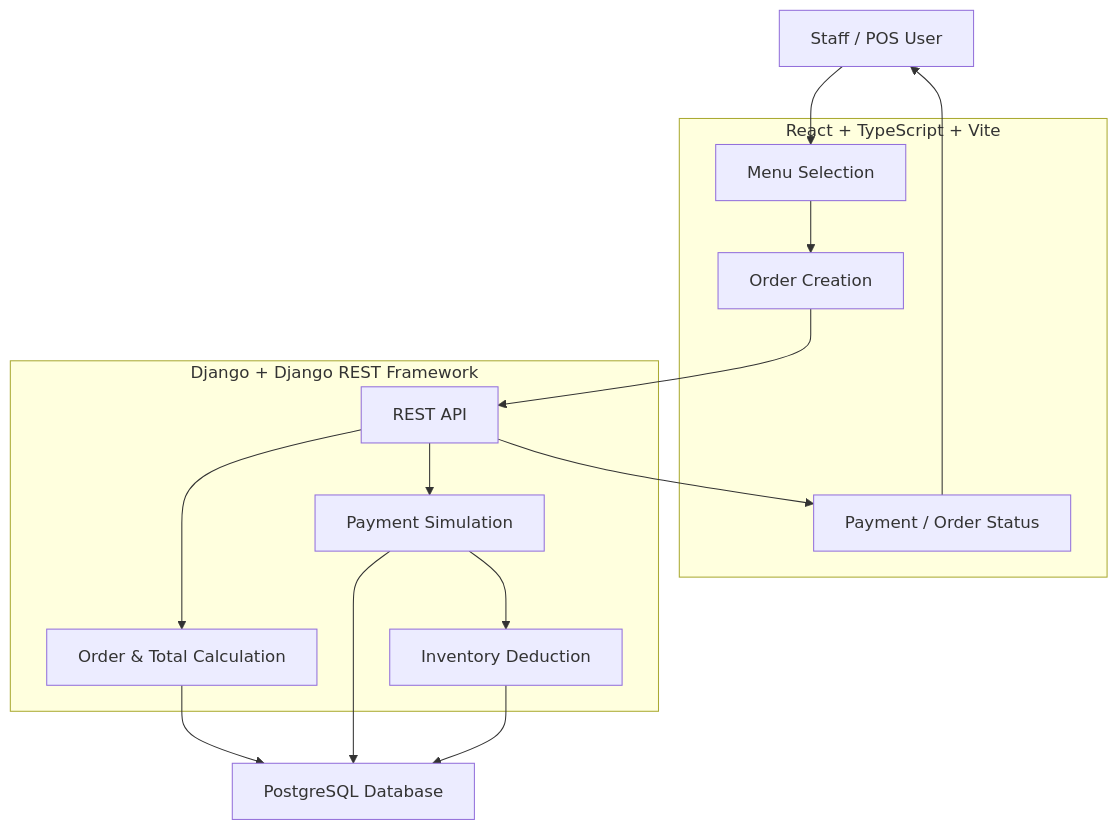
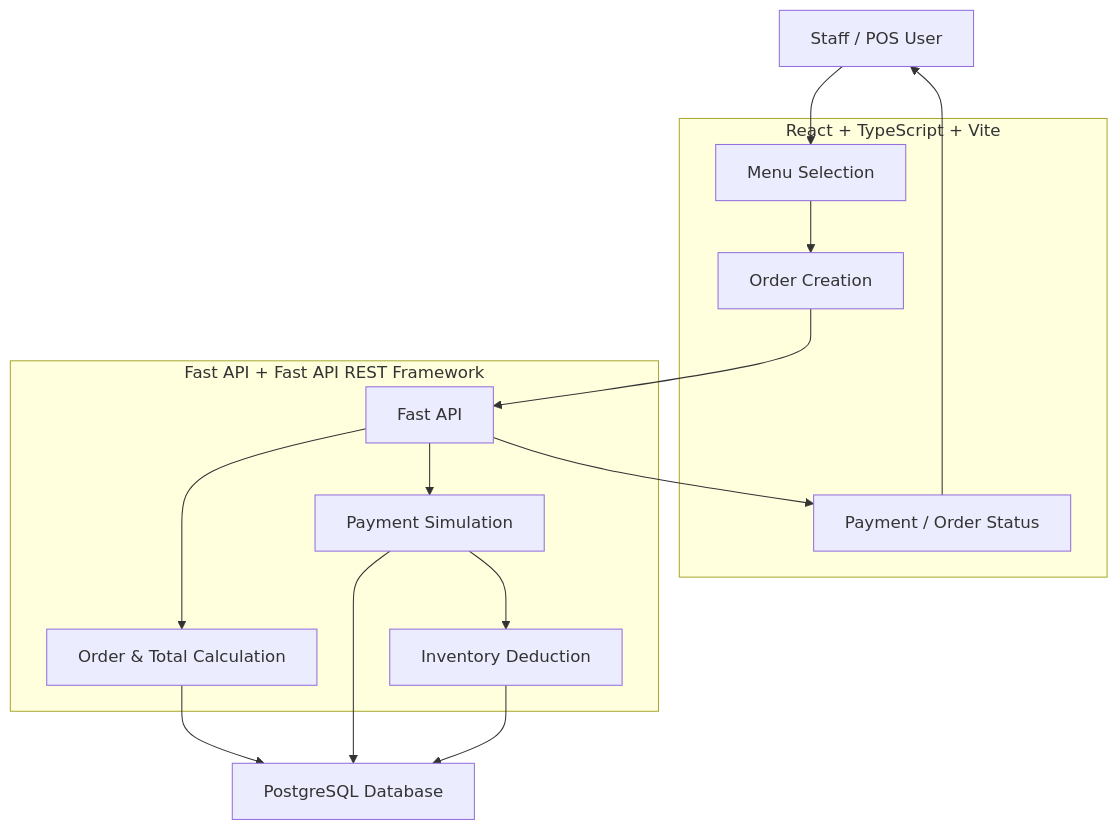
One commit to CapstoneDesign-Fall2026-UlsanCollege/Team3_CapstoneDesign changed the diagram in docs/week-03/architecture-sketch.md. Above: the diagram before and after it, drawn with Mermaid. The commit also changed other lines of this file, not shown here.

````diff
--- a/docs/week-03/architecture-sketch.md
+++ b/docs/week-03/architecture-sketch.md
@@ -26,35 +26,35 @@
 ```mermaid
 flowchart TD
     User["Staff / POS User"]
 
     subgraph Frontend ["React + TypeScript + Vite"]
         Menu["Menu Selection"]
         Order["Order Creation"]
         Payment["Payment / Order Status"]
     end
 
-    subgraph Backend ["Django + Django REST Framework"]
-        API["REST API"]
+    subgraph Backend ["Fast API + Fast API REST Framework"]
+        API["Fast API"]
         OrderService["Order & Total Calculation"]
         PaymentService["Payment Simulation"]
         InventoryService["Inventory Deduction"]
     end
 
     DB["PostgreSQL Database"]
 
     User --> Menu
     Menu --> Order
     Order --> API
 
     API --> OrderService
     OrderService --> DB
 
     API --> PaymentService
     PaymentService --> DB
 
     PaymentService --> InventoryService
     InventoryService --> DB
 
     API --> Payment
     Payment --> User
 ```
````
